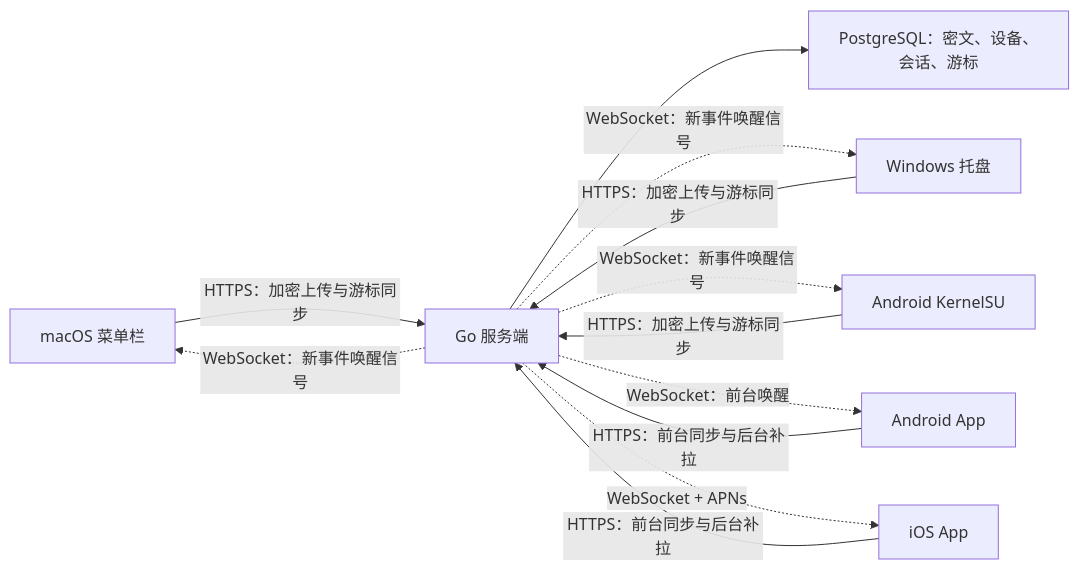
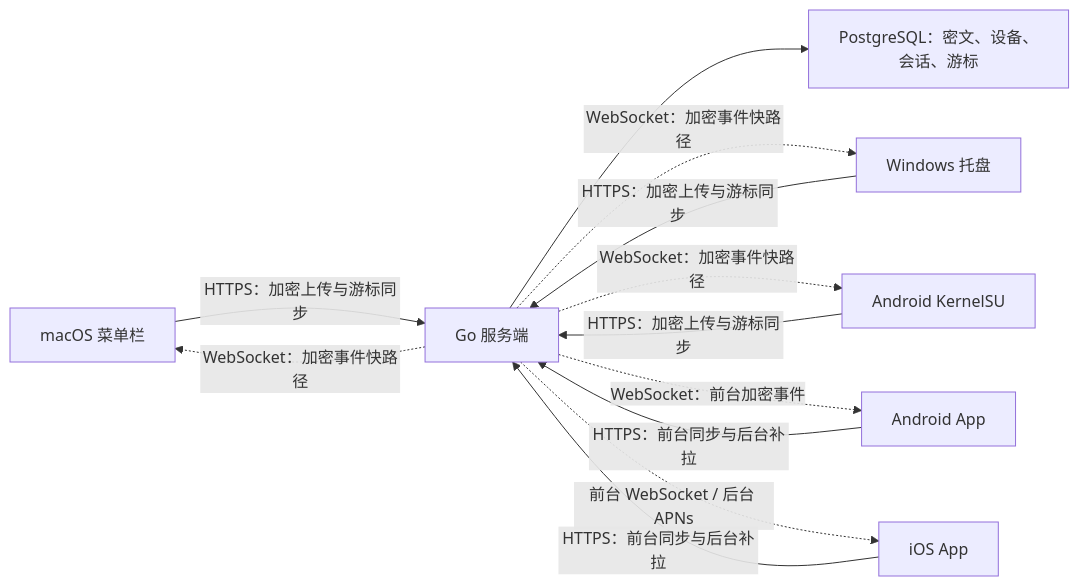
Before and after one commit to Grivia/share_clipboard: the diagram in README.md, drawn with Mermaid. The commit also changed other lines of this file and 39 other files, not shown here.

````diff
--- a/README.md
+++ b/README.md
@@ -45,14 +45,14 @@
 ```mermaid
 flowchart LR
     A["macOS 菜单栏"] -->|"HTTPS：加密上传与游标同步"| S["Go 服务端"]
     W["Windows 托盘"] -->|"HTTPS：加密上传与游标同步"| S
     K["Android KernelSU"] -->|"HTTPS：加密上传与游标同步"| S
     D["Android App"] -->|"HTTPS：前台同步与后台补拉"| S
     I["iOS App"] -->|"HTTPS：前台同步与后台补拉"| S
     S --> P["PostgreSQL：密文、设备、会话、游标"]
-    S -.->|"WebSocket：新事件唤醒信号"| A
-    S -.->|"WebSocket：新事件唤醒信号"| W
-    S -.->|"WebSocket：新事件唤醒信号"| K
-    S -.->|"WebSocket：前台唤醒"| D
-    S -.->|"WebSocket + APNs"| I
+    S -.->|"WebSocket：加密事件快路径"| A
+    S -.->|"WebSocket：加密事件快路径"| W
+    S -.->|"WebSocket：加密事件快路径"| K
+    S -.->|"WebSocket：前台加密事件"| D
+    S -.->|"前台 WebSocket / 后台 APNs"| I
 ```
````
